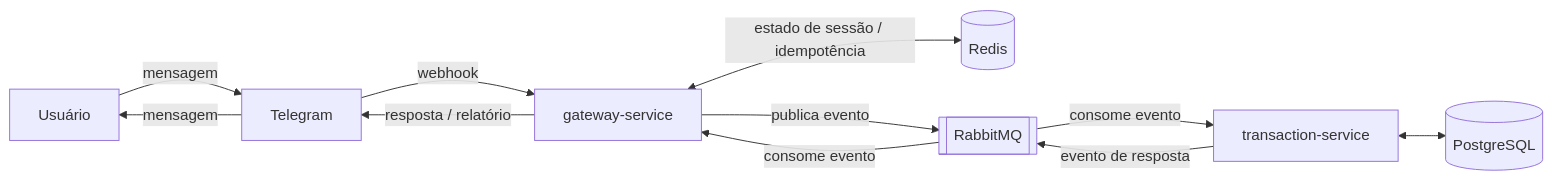
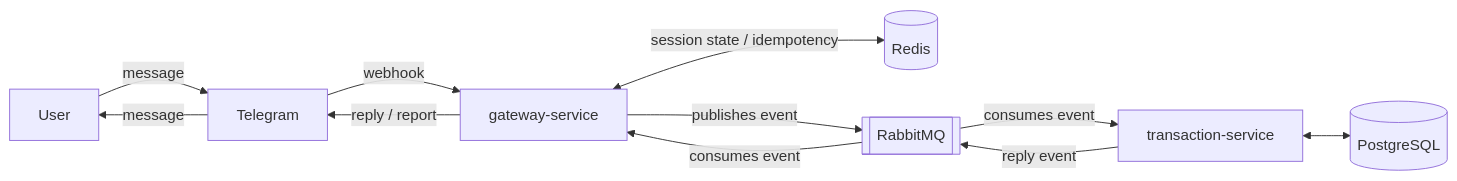
The diagram in README.md (felipehahn/expense-bot), drawn with Mermaid before and after one commit. The commit also changed other lines of this file, not shown here.

````diff
--- a/README.md
+++ b/README.md
@@ -17,13 +17,13 @@
 ```mermaid
 flowchart LR
-    U[Usuário] -->|mensagem| TG[Telegram]
+    U[User] -->|message| TG[Telegram]
     TG -->|webhook| GW[gateway-service]
-    GW <-->|estado de sessão / idempotência| R[(Redis)]
-    GW -->|publica evento| MQ[[RabbitMQ]]
-    MQ -->|consome evento| TS[transaction-service]
+    GW <-->|session state / idempotency| R[(Redis)]
+    GW -->|publishes event| MQ[[RabbitMQ]]
+    MQ -->|consumes event| TS[transaction-service]
     TS <--> DB[(PostgreSQL)]
-    TS -->|evento de resposta| MQ
-    MQ -->|consome evento| GW
-    GW -->|resposta / relatório| TG
-    TG -->|mensagem| U
+    TS -->|reply event| MQ
+    MQ -->|consumes event| GW
+    GW -->|reply / report| TG
+    TG -->|message| U
 ```
````
